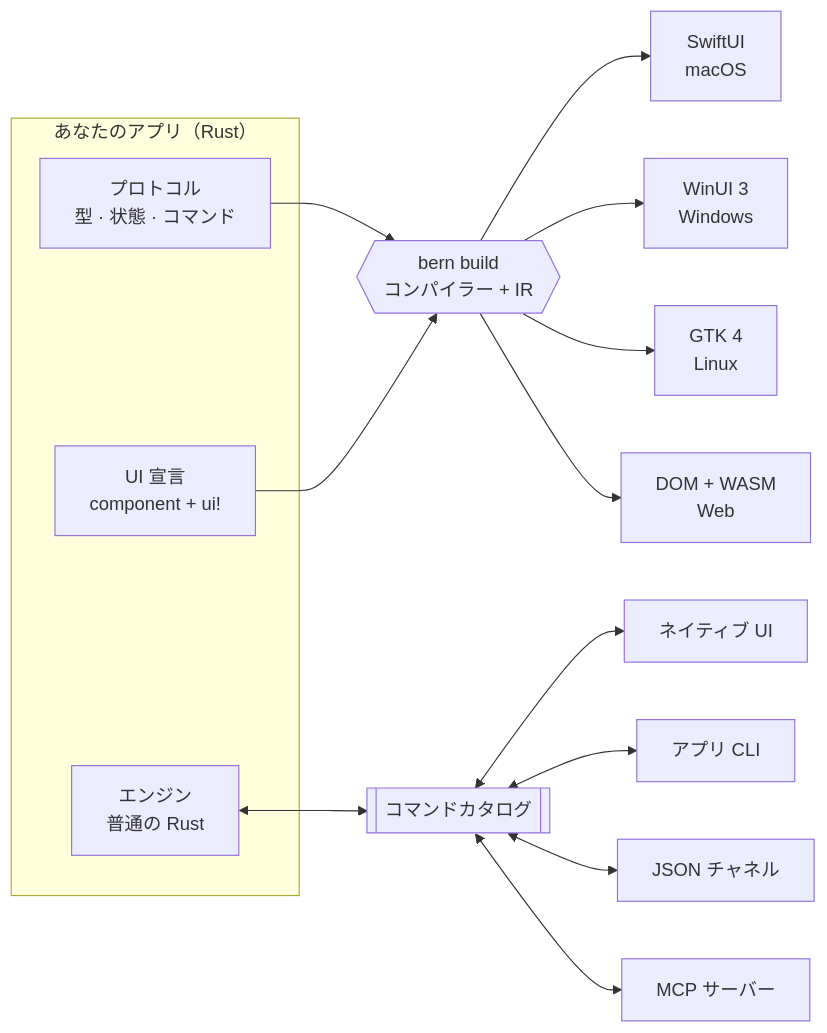
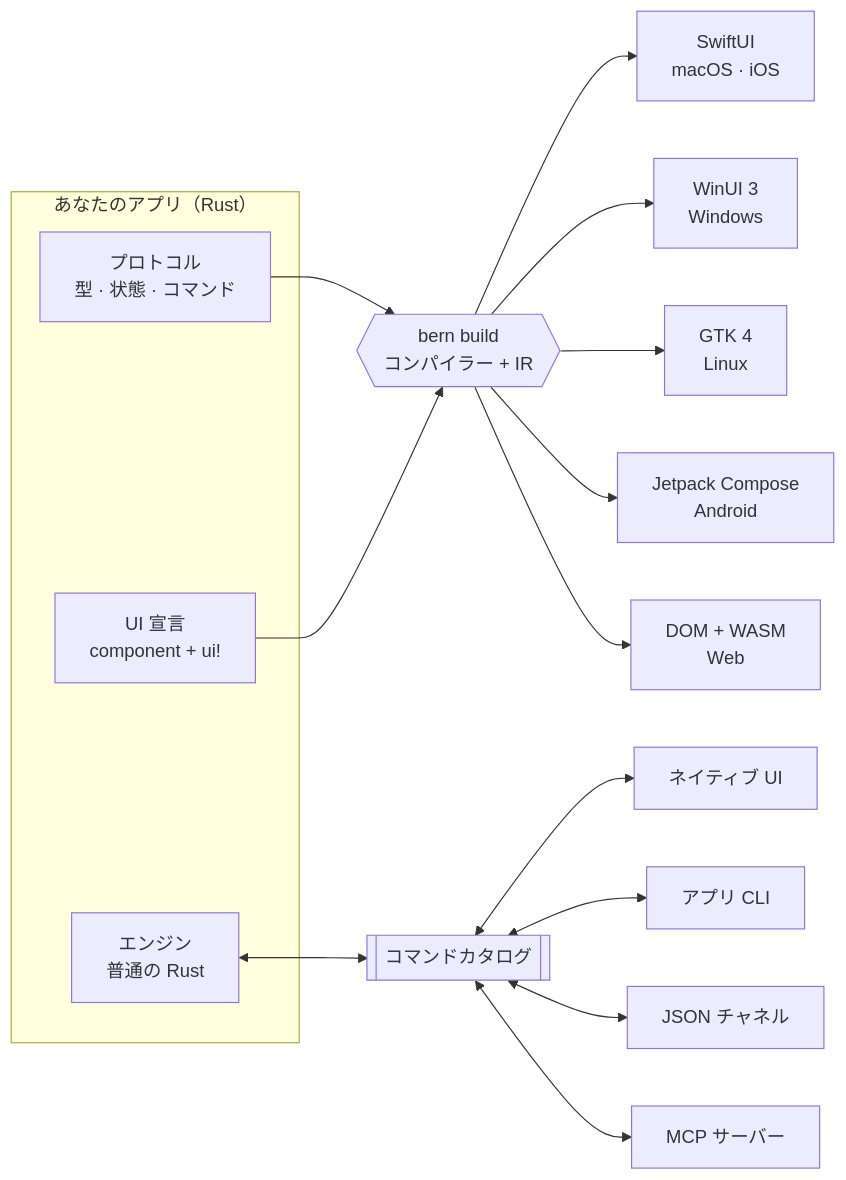
One commit to AimesSoft/Bern changed the diagram in README.ja.md. Above: the diagram before and after it, drawn with Mermaid. The commit also changed other lines of this file and 109 other files, not shown here.

````diff
--- a/README.ja.md
+++ b/README.ja.md
@@ -205,19 +167,20 @@
 ```mermaid
 flowchart LR
     subgraph app["あなたのアプリ（Rust）"]
         P["プロトコル<br/>型 · 状態 · コマンド"]
         U["UI 宣言<br/>component + ui!"]
         E["エンジン<br/>普通の Rust"]
     end
     P --> C{{"bern build<br/>コンパイラー + IR"}}
     U --> C
-    C --> S["SwiftUI<br/>macOS"]
+    C --> S["SwiftUI<br/>macOS · iOS"]
     C --> W["WinUI 3<br/>Windows"]
     C --> G["GTK 4<br/>Linux"]
+    C --> A["Jetpack Compose<br/>Android"]
     C --> B["DOM + WASM<br/>Web"]
     E <--> K[["コマンドカタログ"]]
     K <--> N["ネイティブ UI"]
     K <--> L["アプリ CLI"]
     K <--> J["JSON チャネル"]
     K <--> M["MCP サーバー"]
 ```
````
